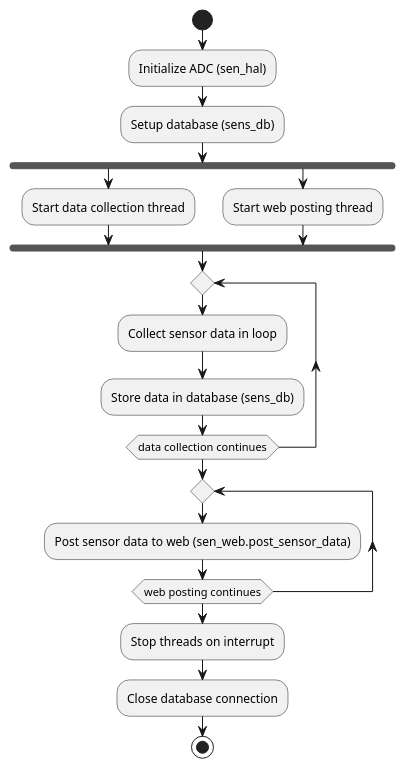
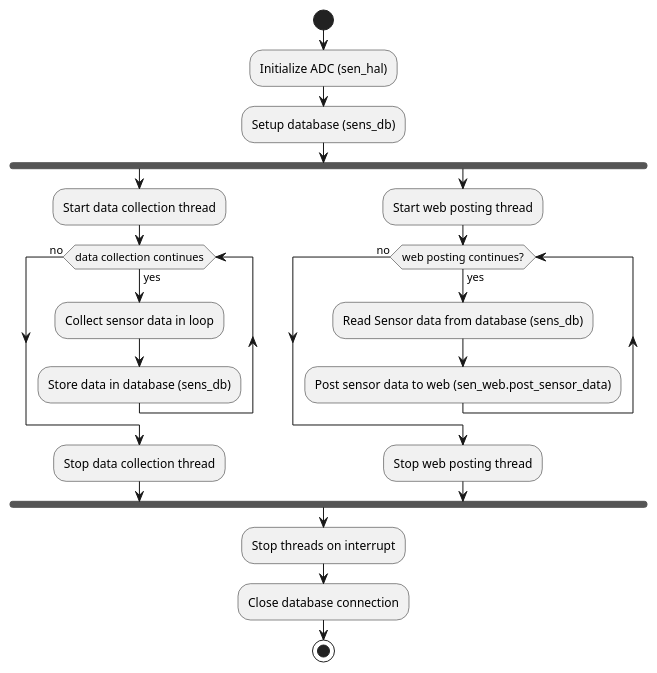
The diagram in design/activity.puml (shawsuraj203/smart_home), drawn with PlantUML before and after one commit. The commit also changed 10 other files, not shown here.

Commit message:
uml updates.

```diff
--- a/design/activity.puml
+++ b/design/activity.puml
@@ -1,26 +1,27 @@
 @startuml
 start
 
 :Initialize ADC (sen_hal);
 :Setup database (sens_db);
 
 fork
   :Start data collection thread;
+  while (data collection continues) is (yes)
+    :Collect sensor data in loop;
+    :Store data in database (sens_db);
+  endwhile (no)
+  :Stop data collection thread;
 fork again
   :Start web posting thread;
+  while (web posting continues?) is (yes)
+    :Read Sensor data from database (sens_db);
+    :Post sensor data to web (sen_web.post_sensor_data);
+   endwhile (no)
+  :Stop web posting thread;
 end fork
-
-repeat
-  :Collect sensor data in loop;
-  :Store data in database (sens_db);
-repeat while (data collection continues)
-
-repeat
-  :Post sensor data to web (sen_web.post_sensor_data);
-repeat while (web posting continues)
 
 :Stop threads on interrupt;
 :Close database connection;
 
 stop
 @enduml
```
